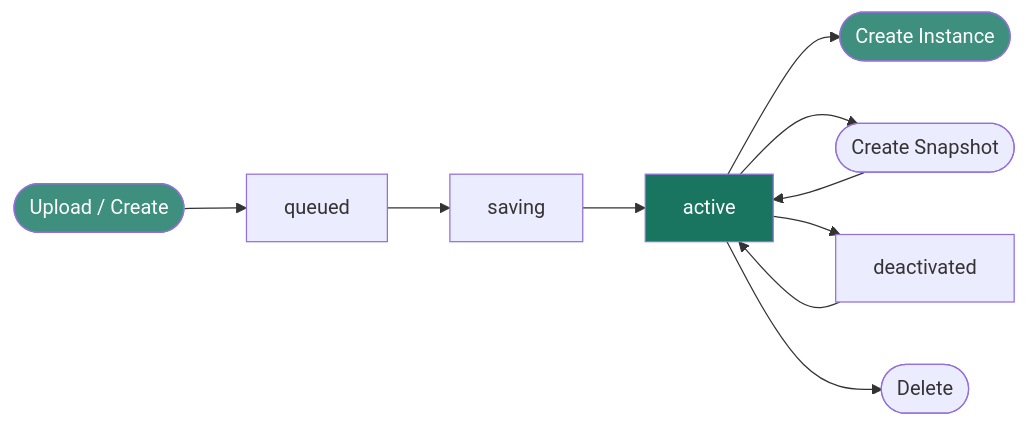
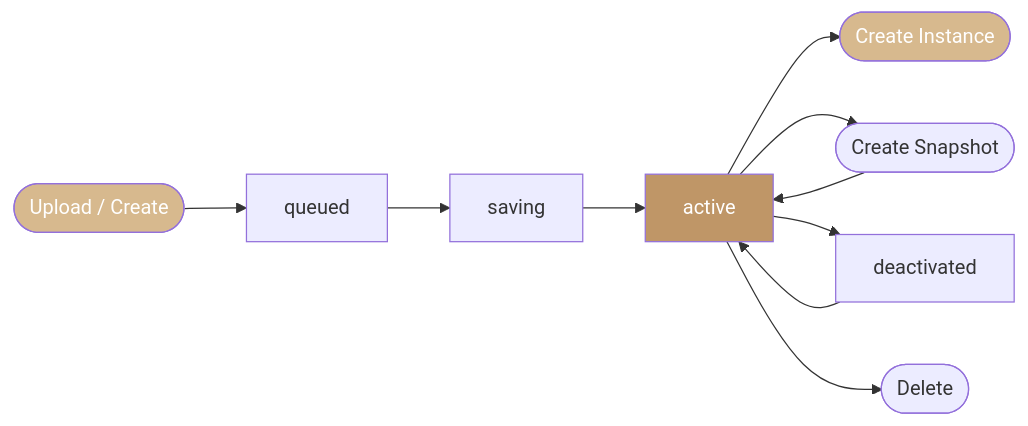
Before and after one commit to ankur-kumar87/docs-polystack: the diagram in services/images/index.mdx, drawn with Mermaid. The commit also changed other lines of this file and 395 other files, not shown here.

````diff
--- a/services/images/index.mdx
+++ b/services/images/index.mdx
@@ -58,15 +58,15 @@
 ```mermaid
 graph LR
     A([Upload / Create]) --> B[queued]
     B --> C[saving]
     C --> D[active]
     D --> E([Create Instance])
     D --> F([Create Snapshot])
     F --> D
     D --> G[deactivated]
     G --> D
     D --> H([Delete])
-    style D fill:#197560,color:#fff
-    style A fill:#3F8F7E,color:#fff
-    style E fill:#3F8F7E,color:#fff
+    style D fill:#bf9667,color:#fff
+    style A fill:#d7b98e,color:#fff
+    style E fill:#d7b98e,color:#fff
 ```
````
